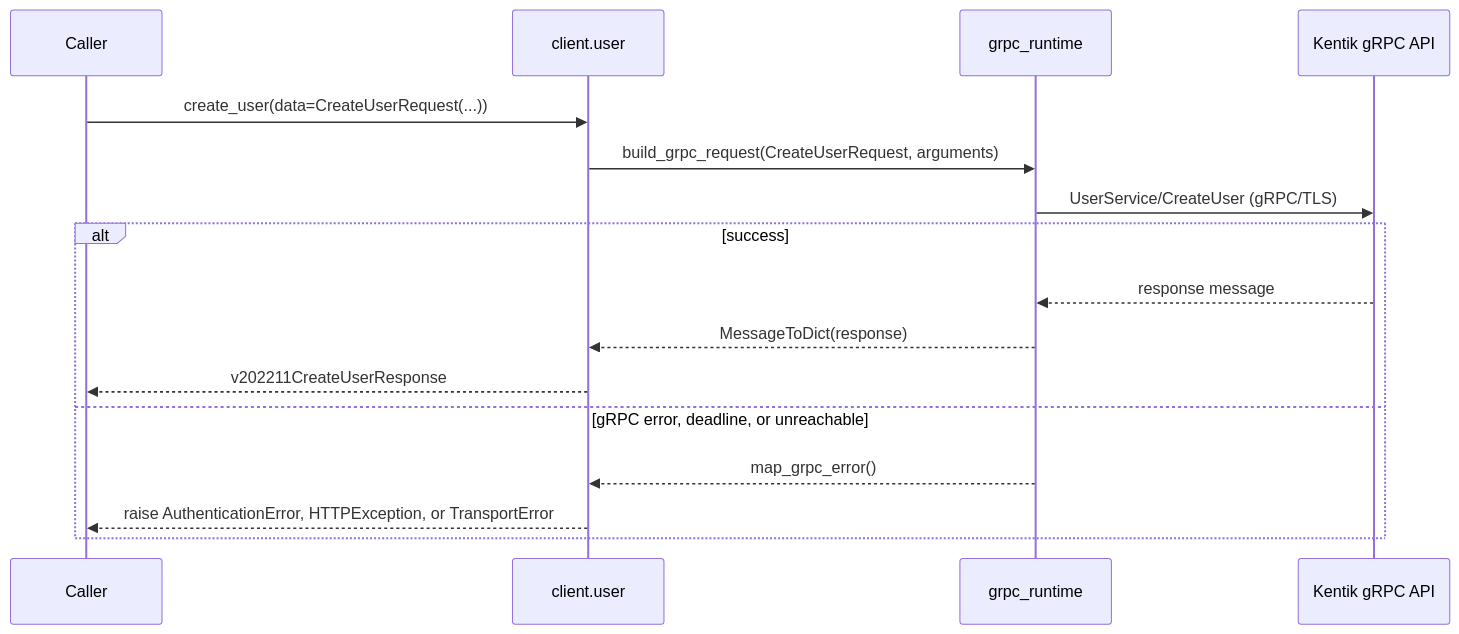
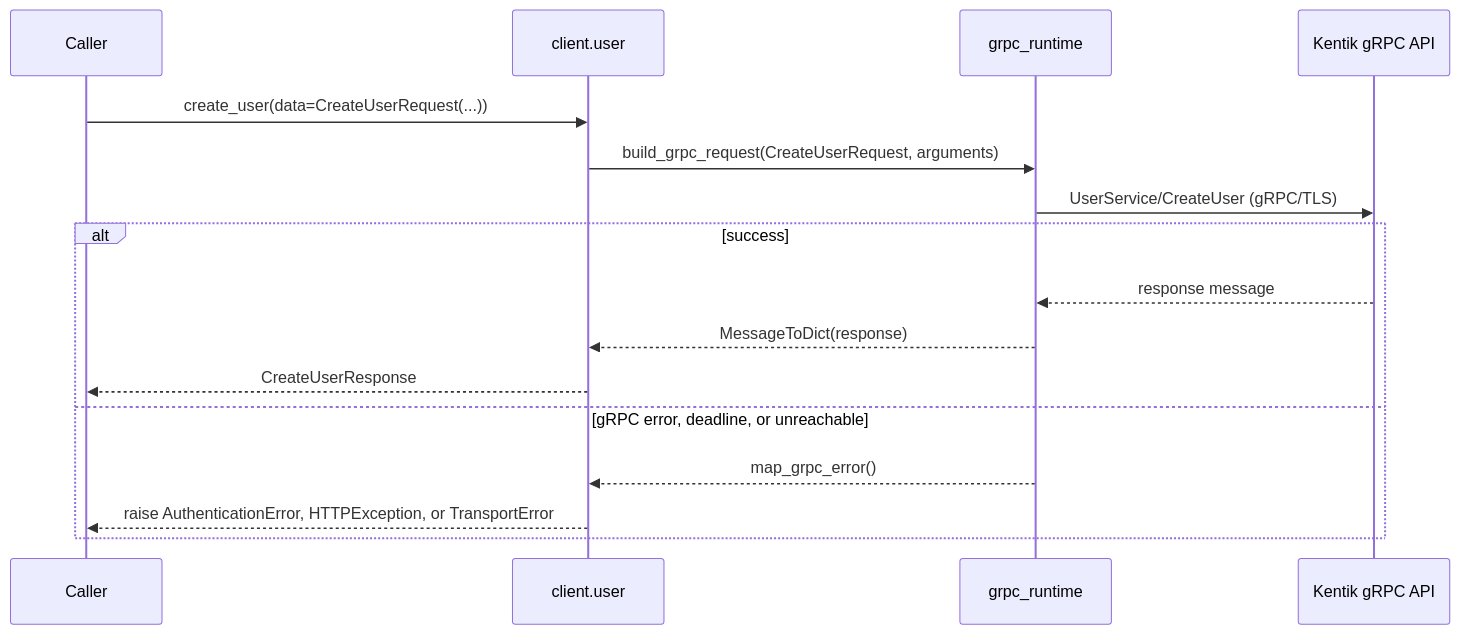
Before and after one commit to alexdearaujo/community_sdk_python: the fifth of 16 diagrams in docs/sphinx/services/user.md, drawn with Mermaid. The commit also changed other lines of this file and 38 other files, not shown here.

````diff
--- a/docs/sphinx/services/user.md
+++ b/docs/sphinx/services/user.md
@@ -127,19 +127,19 @@
 ```mermaid
 sequenceDiagram
     participant C as Caller
     participant W as client.user
     participant R as grpc_runtime
     participant API as Kentik gRPC API
 
     C->>W: create_user(data=CreateUserRequest(...))
     W->>R: build_grpc_request(CreateUserRequest, arguments)
     R->>API: UserService/CreateUser (gRPC/TLS)
     alt success
         API-->>R: response message
         R-->>W: MessageToDict(response)
-        W-->>C: v202211CreateUserResponse
+        W-->>C: CreateUserResponse
     else gRPC error, deadline, or unreachable
         R-->>W: map_grpc_error()
         W-->>C: raise AuthenticationError, HTTPException, or TransportError
     end
 ```
````
